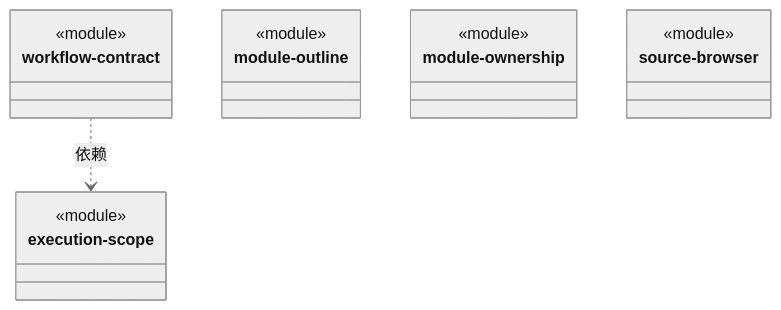
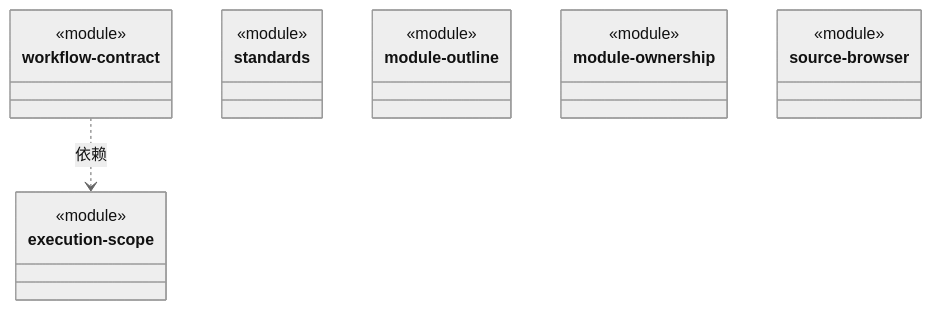
One commit to nan023062/cbim changed the diagram in src/logic/workspace/rules/ARCHITECTURE.md. Above: the diagram before and after it, drawn with Mermaid (neutral theme). The commit also changed other lines of this file and 212 other files, not shown here.

````diff
--- a/src/logic/workspace/rules/ARCHITECTURE.md
+++ b/src/logic/workspace/rules/ARCHITECTURE.md
@@ -23,24 +24,28 @@
 ```mermaid
 classDiagram
 class N_8fe46da571ef["execution-scope"] {
   <<module>>
 }
 click N_8fe46da571ef href "execution-scope.ts"
 class N_1dc9e5052350["workflow-contract"] {
   <<module>>
 }
 click N_1dc9e5052350 href "workflow-contract.ts"
+class N_64c575364e6c["standards"] {
+  <<module>>
+}
+click N_64c575364e6c href "standards.ts"
 class N_3227e75daacb["module-outline"] {
   <<module>>
 }
 click N_3227e75daacb href "module-outline.ts"
 class N_317ed2cbf841["module-ownership"] {
   <<module>>
 }
 click N_317ed2cbf841 href "module-ownership.ts"
 class N_05e6128cefc9["source-browser"] {
   <<module>>
 }
 click N_05e6128cefc9 href "source-browser.ts"
 N_1dc9e5052350 ..> N_8fe46da571ef : 依赖
 ```
````
